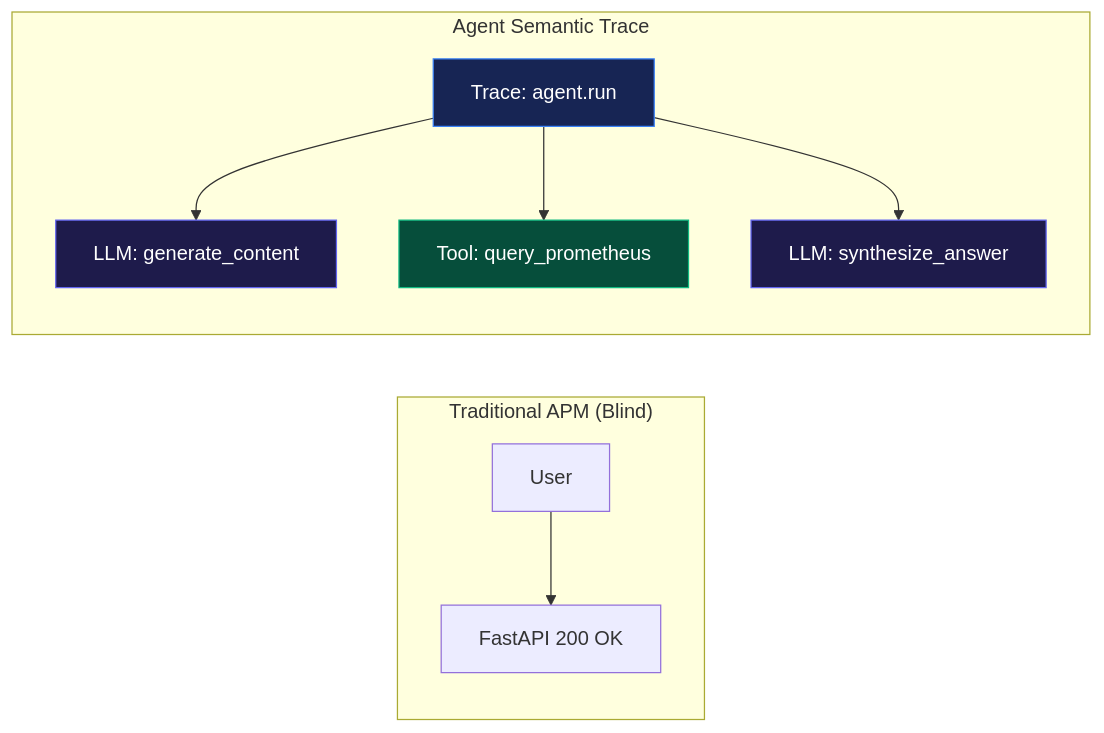
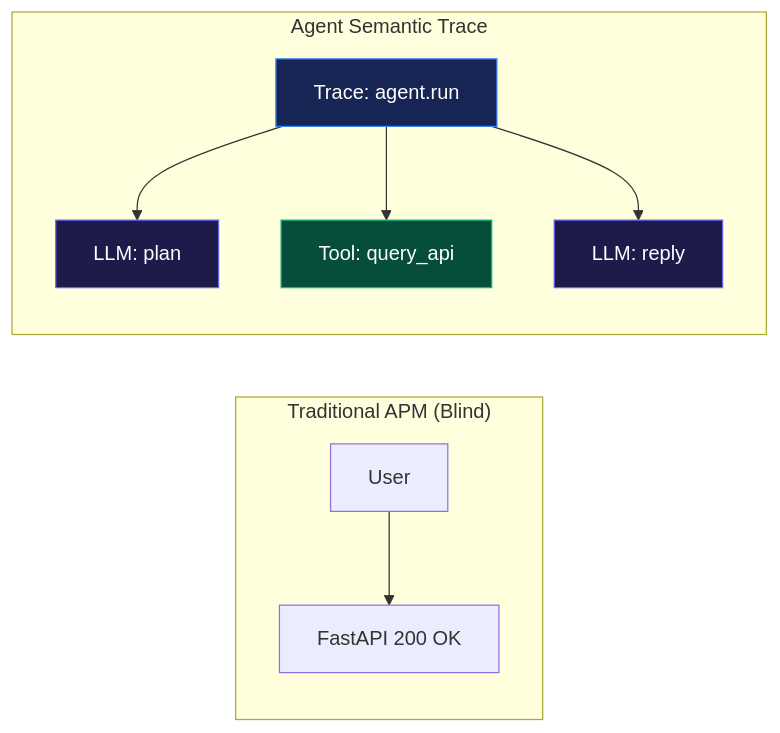
Before and after one commit to tvseshagiri/kaameekru: the first of 2 diagrams in tech/agentic-ai/slides/_11-observability.qmd, drawn with Mermaid. The commit also changed other lines of this file and 4 other files, not shown here.

````diff
--- a/tech/agentic-ai/slides/_11-observability.qmd
+++ b/tech/agentic-ai/slides/_11-observability.qmd
@@ -18,15 +45,15 @@
 ```{mermaid}
 graph LR
     subgraph Traditional["Traditional APM (Blind)"]
         User1[User] --> Web1[FastAPI 200 OK]
     end
     subgraph AgentTracing["Agent Semantic Trace"]
-        Root[Trace: agent.run] --> Span1[LLM: generate_content]
-        Root --> Span2[Tool: query_prometheus]
-        Root --> Span3[LLM: synthesize_answer]
+        Root[Trace: agent.run] --> Span1[LLM: plan]
+        Root --> Span2[Tool: query_api]
+        Root --> Span3[LLM: reply]
     end
     style Root fill:#172554,stroke:#3b82f6,color:#fff
     style Span1 fill:#1e1b4b,stroke:#6366f1,color:#fff
     style Span2 fill:#064e3b,stroke:#10b981,color:#fff
     style Span3 fill:#1e1b4b,stroke:#6366f1,color:#fff
 ```
````
